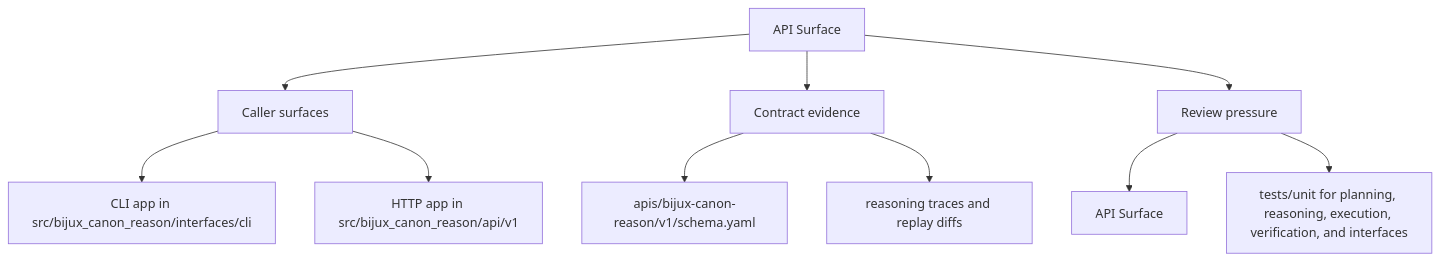
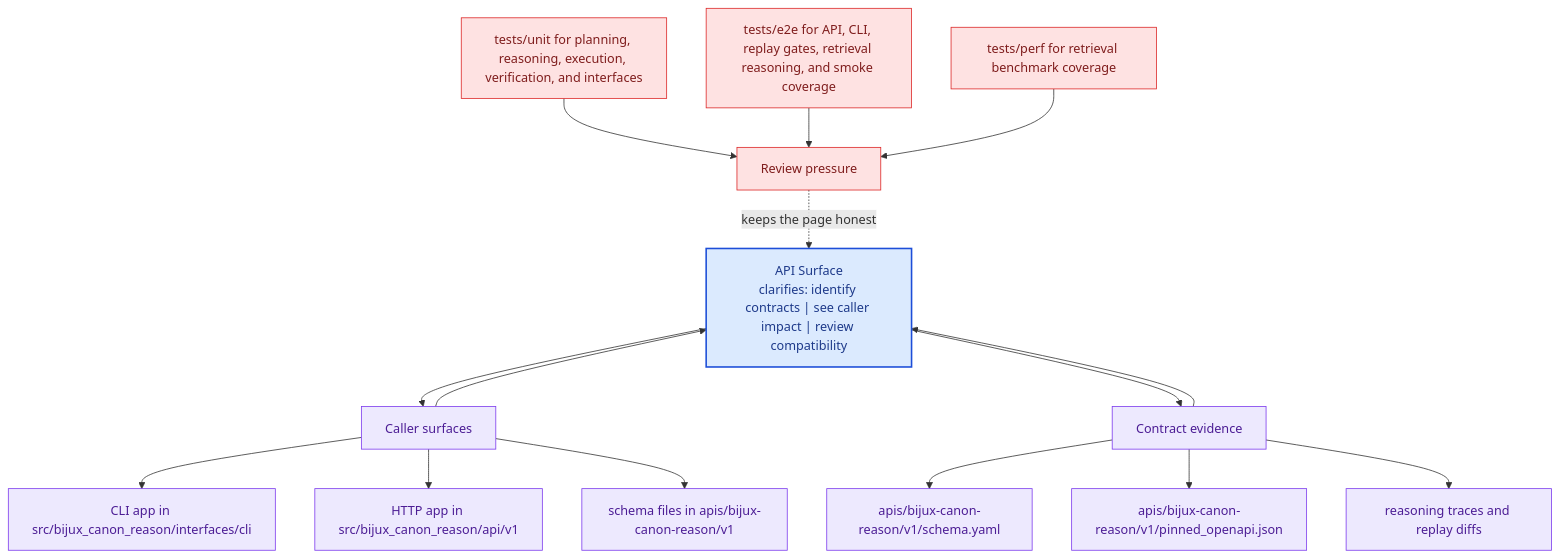
One commit to bijux/bijux-canon changed the second of 2 diagrams in docs/bijux-canon-reason/interfaces/api-surface.md. Above: the diagram before and after it, drawn with Mermaid. The commit also changed other lines of this file and 281 other files, not shown here.

Commit message:
docs(diagrams): deepen handbook mermaid maps across the catalog

````diff
--- a/docs/bijux-canon-reason/interfaces/api-surface.md
+++ b/docs/bijux-canon-reason/interfaces/api-surface.md
@@ -35,22 +68,41 @@
 ```mermaid
-flowchart TD
-    page["API Surface"]
+flowchart TB
+    promise["API Surface<br/>clarifies: identify contracts | see caller impact | review compatibility"]
+    classDef promise fill:#dbeafe,stroke:#1d4ed8,color:#1e3a8a,stroke-width:2px;
+    classDef driver fill:#dcfce7,stroke:#16a34a,color:#14532d;
+    classDef constraint fill:#fee2e2,stroke:#dc2626,color:#7f1d1d;
+    classDef ground fill:#ede9fe,stroke:#7c3aed,color:#4c1d95;
     focus1["Caller surfaces"]
-    page --> focus1
+    focus1 --> promise
+    promise --> focus1
     focus1_1["CLI app in src/bijux_canon_reason/interfaces/cli"]
     focus1 --> focus1_1
     focus1_2["HTTP app in src/bijux_canon_reason/api/v1"]
     focus1 --> focus1_2
+    focus1_3["schema files in apis/bijux-canon-reason/v1"]
+    focus1 --> focus1_3
+    class focus1 ground;
+    class focus1_1,focus1_2,focus1_3 ground;
     focus2["Contract evidence"]
-    page --> focus2
+    focus2 --> promise
+    promise --> focus2
     focus2_1["apis/bijux-canon-reason/v1/schema.yaml"]
     focus2 --> focus2_1
-    focus2_2["reasoning traces and replay diffs"]
+    focus2_2["apis/bijux-canon-reason/v1/pinned_openapi.json"]
     focus2 --> focus2_2
+    focus2_3["reasoning traces and replay diffs"]
+    focus2 --> focus2_3
+    class focus2 ground;
+    class focus2_1,focus2_2,focus2_3 ground;
     focus3["Review pressure"]
-    page --> focus3
-    focus3_1["API Surface"]
-    focus3 --> focus3_1
-    focus3_2["tests/unit for planning, reasoning, execution, verification, and interfaces"]
-    focus3 --> focus3_2
+    focus3 -.keeps the page honest.-> promise
+    focus3_1["tests/unit for planning, reasoning, execution, verification, and interfaces"]
+    focus3_1 --> focus3
+    focus3_2["tests/e2e for API, CLI, replay gates, retrieval reasoning, and smoke coverage"]
+    focus3_2 --> focus3
+    focus3_3["tests/perf for retrieval benchmark coverage"]
+    focus3_3 --> focus3
+    class focus3 constraint;
+    class focus3_1,focus3_2,focus3_3 constraint;
+    class promise promise;
 ```
````
